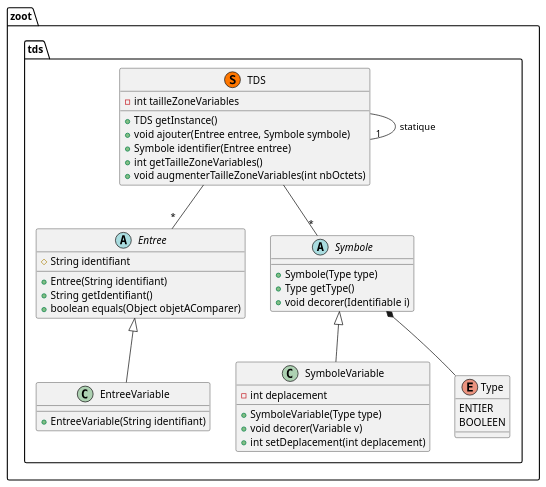
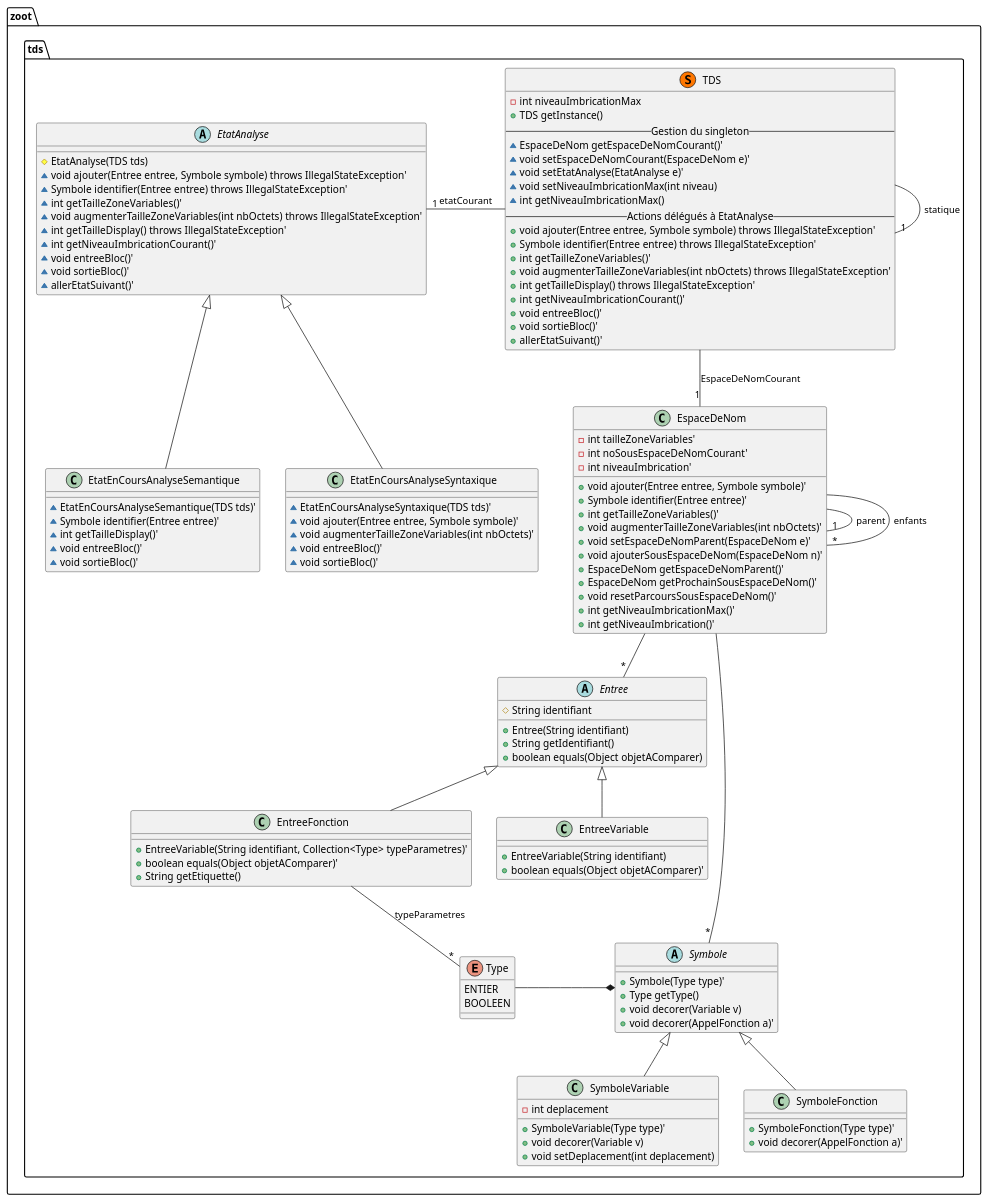
One commit to lmtb06/zoot changed the diagram in diagrammes/classe/tds.puml. Above: the diagram before and after it, drawn with PlantUML. The commit also changed 4 other files, not shown here.

First line of the commit message:
Ajout des diagrammes de classes pour zoot2

```diff
--- a/diagrammes/classe/tds.puml
+++ b/diagrammes/classe/tds.puml
@@ -1,54 +1,134 @@
 @startuml "tds"
 
 namespace zoot.tds {
   ' Includes
 
   ' Classes
   class TDS << (S,#FF7700) >> {
-    - int tailleZoneVariables
+    - int niveauImbricationMax
     + TDS getInstance()
-    + void ajouter(Entree entree, Symbole symbole)
-    + Symbole identifier(Entree entree)
-    + int getTailleZoneVariables()
-    + void augmenterTailleZoneVariables(int nbOctets)
+    -- Gestion du singleton --
+    ~ EspaceDeNom getEspaceDeNomCourant()'
+    ~ void setEspaceDeNomCourant(EspaceDeNom e)'
+    ~ void setEtatAnalyse(EtatAnalyse e)'
+    ~ void setNiveauImbricationMax(int niveau)
+    ~ int getNiveauImbricationMax()
+    -- Actions délégués à EtatAnalyse --
+    + void ajouter(Entree entree, Symbole symbole) throws IllegalStateException'
+    + Symbole identifier(Entree entree) throws IllegalStateException'
+    + int getTailleZoneVariables()'
+    + void augmenterTailleZoneVariables(int nbOctets) throws IllegalStateException'
+    + int getTailleDisplay() throws IllegalStateException'
+    + int getNiveauImbricationCourant()'
+    + void entreeBloc()'
+    + void sortieBloc()'
+    + allerEtatSuivant()'
+  }
+
+  class EspaceDeNom {
+    - int tailleZoneVariables'
+    - int noSousEspaceDeNomCourant'
+    - int niveauImbrication'
+    + void ajouter(Entree entree, Symbole symbole)'
+    + Symbole identifier(Entree entree)'
+    + int getTailleZoneVariables()'
+    + void augmenterTailleZoneVariables(int nbOctets)'
+    + void setEspaceDeNomParent(EspaceDeNom e)'
+    + void ajouterSousEspaceDeNom(EspaceDeNom n)'
+    + EspaceDeNom getEspaceDeNomParent()'
+    + EspaceDeNom getProchainSousEspaceDeNom()'
+    + void resetParcoursSousEspaceDeNom()'
+    + int getNiveauImbricationMax()'
+    + int getNiveauImbrication()'
+  }
+
+  abstract EtatAnalyse {
+    # EtatAnalyse(TDS tds)
+    ~ void ajouter(Entree entree, Symbole symbole) throws IllegalStateException'
+    ~ Symbole identifier(Entree entree) throws IllegalStateException'
+    ~ int getTailleZoneVariables()'
+    ~ void augmenterTailleZoneVariables(int nbOctets) throws IllegalStateException'
+    ~ int getTailleDisplay() throws IllegalStateException'
+    ~ int getNiveauImbricationCourant()'
+    ~ void entreeBloc()'
+    ~ void sortieBloc()'
+    ~ allerEtatSuivant()'
+  }
+
+  class EtatEnCoursAnalyseSyntaxique {
+    ~ EtatEnCoursAnalyseSyntaxique(TDS tds)'
+    ~ void ajouter(Entree entree, Symbole symbole)'
+    ~ void augmenterTailleZoneVariables(int nbOctets)'
+    ~ void entreeBloc()'
+    ~ void sortieBloc()'
+  }
+
+  class EtatEnCoursAnalyseSemantique {
+    ~ EtatEnCoursAnalyseSemantique(TDS tds)'
+    ~ Symbole identifier(Entree entree)'
+    ~ int getTailleDisplay()'
+    ~ void entreeBloc()'
+    ~ void sortieBloc()'
   }
 
   abstract class Entree {
     # String identifiant
     + Entree(String identifiant)
     + String getIdentifiant()
     + boolean equals(Object objetAComparer)
   }
 
   class EntreeVariable {
     + EntreeVariable(String identifiant)
+    + boolean equals(Object objetAComparer)'
+  }
+
+  class EntreeFonction {
+    + EntreeVariable(String identifiant, Collection<Type> typeParametres)'
+    + boolean equals(Object objetAComparer)'
+    + String getEtiquette()
   }
 
   abstract class Symbole {
-    + Symbole(Type type)
+    + Symbole(Type type)'
     + Type getType()
-    + void decorer(Identifiable i)
+    + void decorer(Variable v)
+    + void decorer(AppelFonction a)'
   }
 
   class SymboleVariable {
     - int deplacement
-    + SymboleVariable(Type type)
+    + SymboleVariable(Type type)'
     + void decorer(Variable v)
-    + int setDeplacement(int deplacement)
+    + void setDeplacement(int deplacement)
+  }
+
+  class SymboleFonction {
+    + SymboleFonction(Type type)'
+    + void decorer(AppelFonction a)'
   }
 
   enum Type {
     ENTIER
     BOOLEEN
   }
 
   ' Relations entre les classes
   TDS --"1" TDS : statique
-  TDS --"*" Entree
-  TDS --"*" Symbole
-  Symbole *-- Type
+  TDS --"1" EspaceDeNom : EspaceDeNomCourant
+  TDS -left-"1" EtatAnalyse : etatCourant
+  EspaceDeNom --"*" Entree
+  EspaceDeNom --"*" Symbole
+  Symbole *-left- Type
   SymboleVariable -up-|> Symbole
   EntreeVariable -up-|> Entree
+  SymboleFonction -up-|> Symbole
+  EntreeFonction -up-|> Entree
+  EntreeFonction --"*" Type : typeParametres
+  EtatEnCoursAnalyseSemantique -up-|> EtatAnalyse
+  EtatEnCoursAnalyseSyntaxique -up-|> EtatAnalyse
+  EspaceDeNom --"1" EspaceDeNom : parent
+  EspaceDeNom --"*" EspaceDeNom : enfants
 }
 
 @enduml
```
